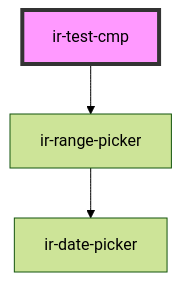
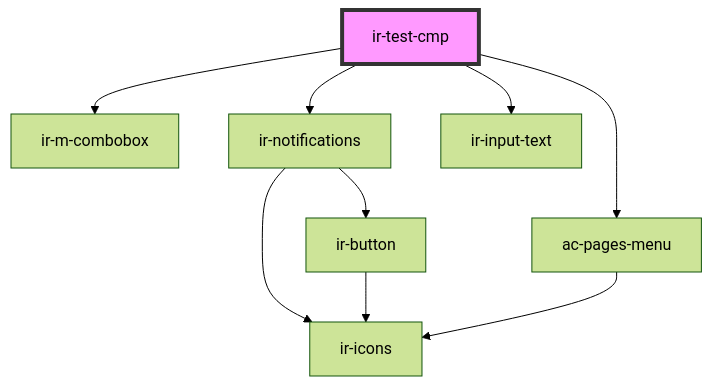
Before and after one commit to David1Chowaifaty/modified-ir-webcmp: the diagram in src/components/ir-test-cmp/readme.md, drawn with Mermaid (forest theme). The commit also changed other lines of this file and 58 other files, not shown here.

````diff
--- a/src/components/ir-test-cmp/readme.md
+++ b/src/components/ir-test-cmp/readme.md
@@ -15,6 +18,12 @@
 ```mermaid
 graph TD;
-  ir-test-cmp --> ir-range-picker
-  ir-range-picker --> ir-date-picker
+  ir-test-cmp --> ir-m-combobox
+  ir-test-cmp --> ir-notifications
+  ir-test-cmp --> ac-pages-menu
+  ir-test-cmp --> ir-input-text
+  ir-notifications --> ir-button
+  ir-notifications --> ir-icons
+  ir-button --> ir-icons
+  ac-pages-menu --> ir-icons
   style ir-test-cmp fill:#f9f,stroke:#333,stroke-width:4px
 ```
````
